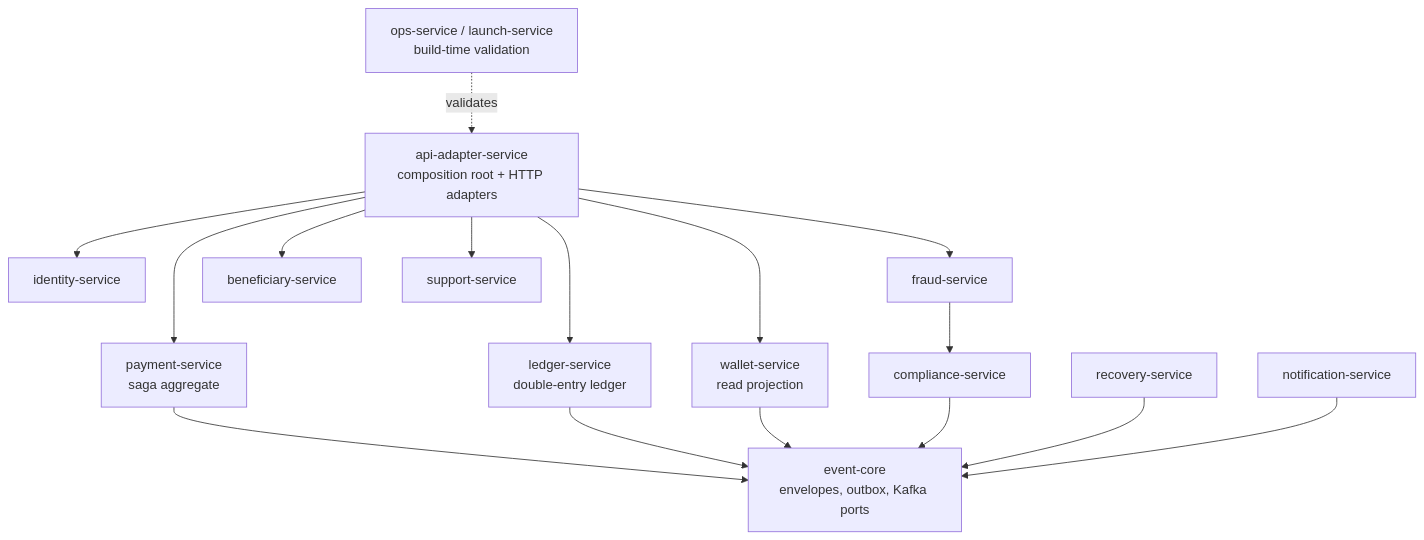
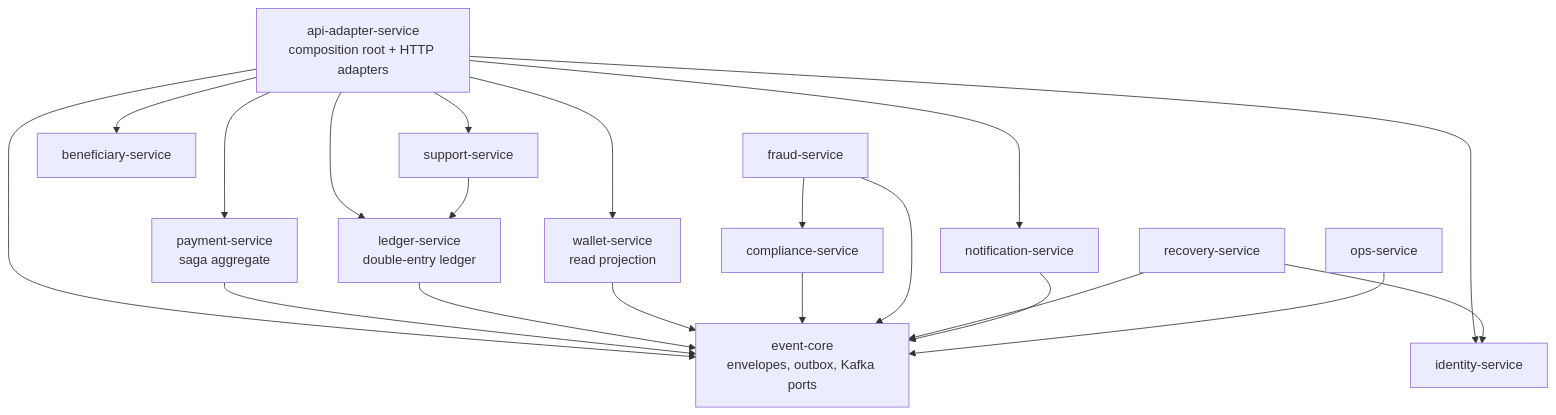
One commit to Tumelo4/voice-secure-wallet changed the third of 6 diagrams in docs/architecture/architecture-and-uml-diagrams.md. Above: the diagram before and after it, drawn with Mermaid. The commit also changed other lines of this file, not shown here.

Commit message:
docs: clarify runtime architecture evidence (#111)

````diff
--- a/docs/architecture/architecture-and-uml-diagrams.md
+++ b/docs/architecture/architecture-and-uml-diagrams.md
@@ -86,32 +119,36 @@
 ```mermaid
 flowchart TB
     App["api-adapter-service<br/>composition root + HTTP adapters"]
     Payment["payment-service<br/>saga aggregate"]
     Ledger["ledger-service<br/>double-entry ledger"]
     Wallet["wallet-service<br/>read projection"]
     Identity["identity-service"]
     Fraud["fraud-service"]
     Compliance["compliance-service"]
     Beneficiary["beneficiary-service"]
     Support["support-service"]
     Recovery["recovery-service"]
     Notification["notification-service"]
     Events["event-core<br/>envelopes, outbox, Kafka ports"]
-    Ops["ops-service / launch-service<br/>build-time validation"]
+    Ops["ops-service"]
 
     App --> Payment
     App --> Ledger
     App --> Wallet
     App --> Identity
-    App --> Fraud
     App --> Beneficiary
     App --> Support
+    App --> Notification
+    App --> Events
     Payment --> Events
     Ledger --> Events
     Wallet --> Events
     Compliance --> Events
+    Fraud --> Events
     Recovery --> Events
+    Recovery --> Identity
     Notification --> Events
     Fraud --> Compliance
-    Ops -. validates .-> App
+    Support --> Ledger
+    Ops --> Events
 ```
````
